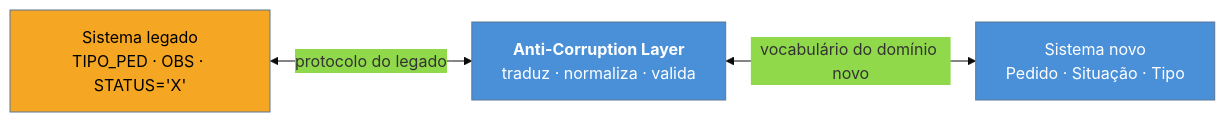
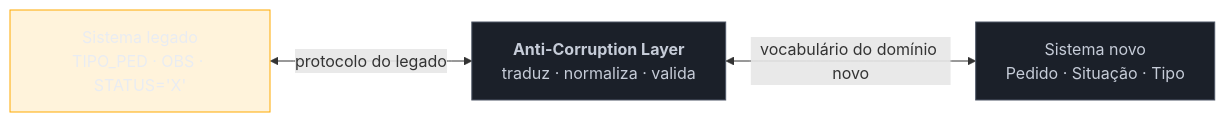
One commit to josenaldo/codex-technomanticus changed the diagram in 03-Dominios/Engenharia/Design de Software/Padrões de Projeto/Nuvem e Resiliência/13 - Anti-Corruption Layer + Strangler Fig.md. Above: the diagram before and after it, drawn with Mermaid. The commit also changed 1181 other files, not shown here.

First line of the commit message:
fix(diagramas): paleta do sistema no lugar de cor cravada no markdown

````diff
--- a/03-Dominios/Engenharia/Design de Software/Padrões de Projeto/Nuvem e Resiliência/13 - Anti-Corruption Layer + Strangler Fig.md
+++ b/03-Dominios/Engenharia/Design de Software/Padrões de Projeto/Nuvem e Resiliência/13 - Anti-Corruption Layer + Strangler Fig.md
@@ -45,10 +45,11 @@
 ```mermaid
-%%{init: {"theme": "base", "themeVariables": {"primaryColor": "#4A90D9"}}}%%
 graph LR
+    classDef destaque fill:#FFAA0024,stroke:#FFAA00,color:#E9ECF2
+    classDef neutro fill:#1B2029,stroke:#4E5666,color:#C6CCD8
     L["Sistema legado<br/>TIPO_PED · OBS · STATUS='X'"] <-->|"protocolo do legado"| A["<b>Anti-Corruption Layer</b><br/>traduz · normaliza · valida"]
     A <-->|"vocabulário do domínio novo"| N["Sistema novo<br/>Pedido · Situação · Tipo"]
 
-    style L fill:#F5A623,color:#000
-    style A fill:#4A90D9,color:#fff
-    style N fill:#4A90D9,color:#fff
+    class L destaque
+    class A neutro
+    class N neutro
 ```
````
